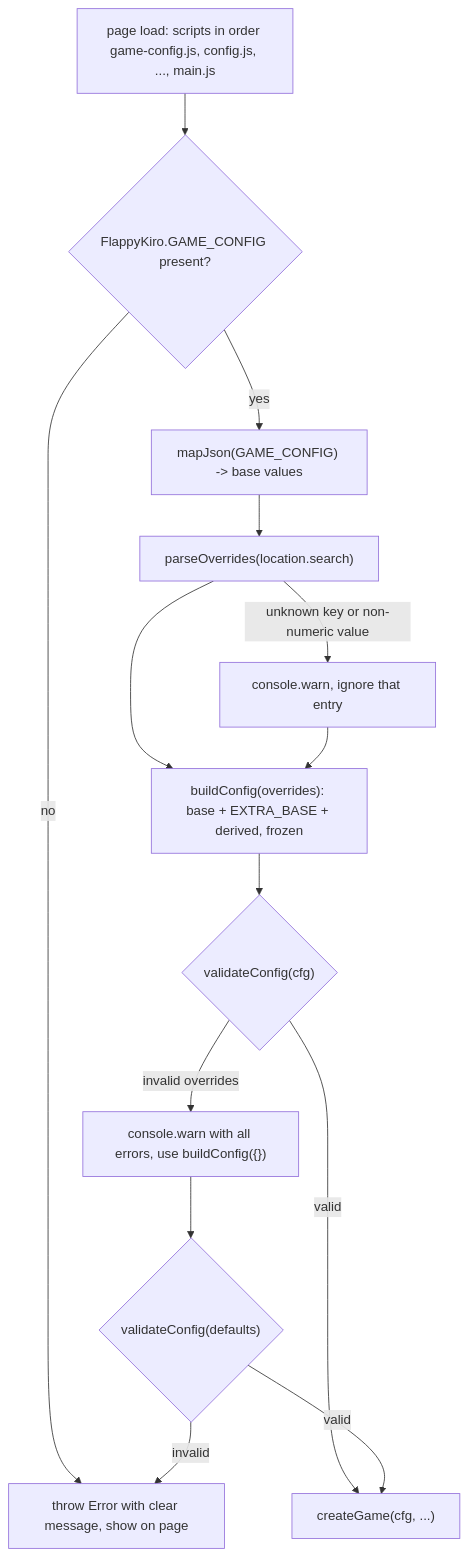
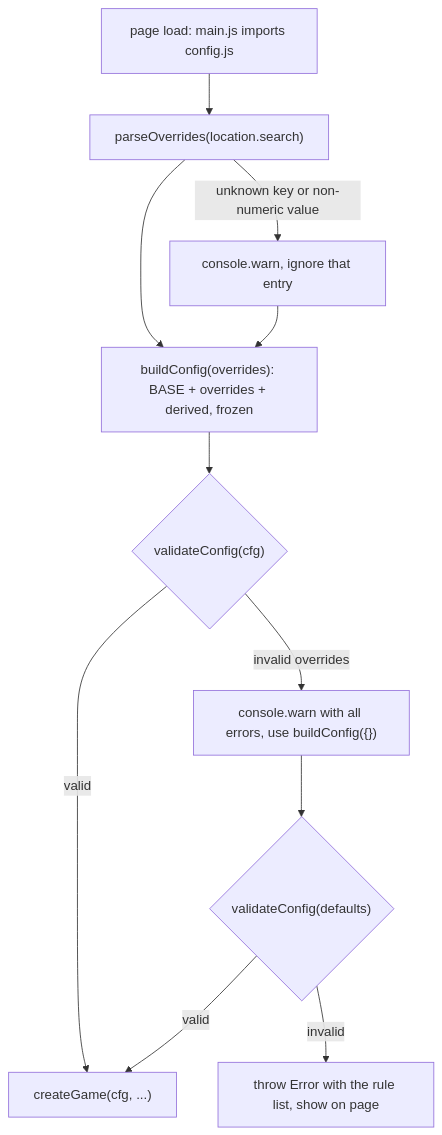
Before and after one commit to will13cb/flappy-kiro: the third of 4 diagrams in .kiro/specs/flappy-kiro/design.md, drawn with Mermaid. The commit also changed other lines of this file and 74 other files, not shown here.

````diff
--- a/.kiro/specs/flappy-kiro/design.md
+++ b/.kiro/specs/flappy-kiro/design.md
@@ -143,16 +129,13 @@
 ```mermaid
 flowchart TD
-    A["page load: scripts in order game-config.js, config.js, ..., main.js"] --> B{"FlappyKiro.GAME_CONFIG present?"}
-    B -->|no| X["throw Error with clear message, show on page"]
-    B -->|yes| C["mapJson(GAME_CONFIG) -> base values"]
-    C --> D["parseOverrides(location.search)"]
-    D -->|unknown key or non-numeric value| W["console.warn, ignore that entry"]
-    D --> E["buildConfig(overrides): base + EXTRA_BASE + derived, frozen"]
+    A["page load: main.js imports config.js"] --> C["parseOverrides(location.search)"]
+    C -->|unknown key or non-numeric value| W["console.warn, ignore that entry"]
+    C --> E["buildConfig(overrides): BASE + overrides + derived, frozen"]
     W --> E
     E --> F{"validateConfig(cfg)"}
     F -->|valid| G["createGame(cfg, ...)"]
     F -->|invalid overrides| H["console.warn with all errors, use buildConfig({})"]
     H --> I{"validateConfig(defaults)"}
     I -->|valid| G
-    I -->|invalid| X
+    I -->|invalid| X["throw Error with the rule list, show on page"]
 ```
````
